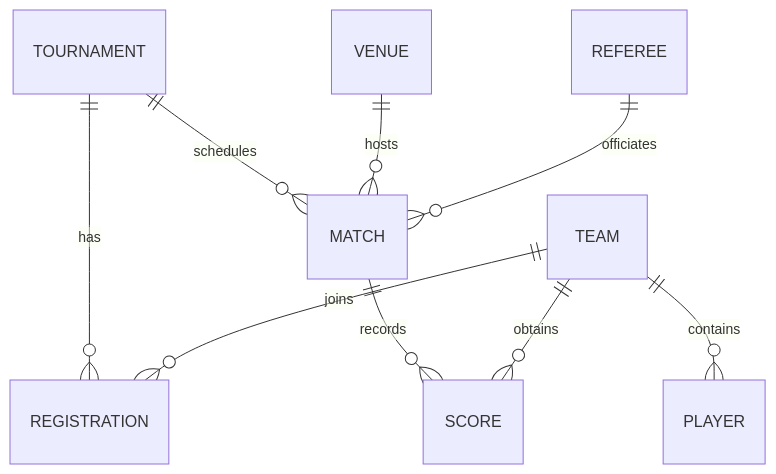
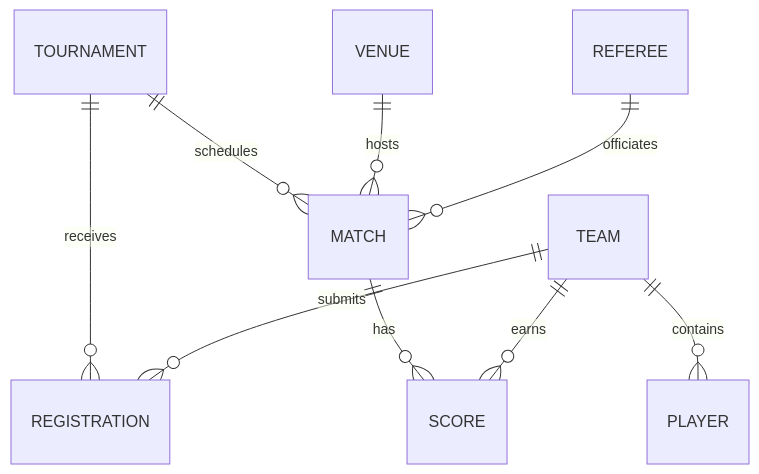
One commit to RaghavPrasanna9207/sports-tournament-manager changed the third of 6 diagrams in formal_system_report.md. Above: the diagram before and after it, drawn with Mermaid. The commit also changed other lines of this file, not shown here.

````diff
--- a/formal_system_report.md
+++ b/formal_system_report.md
@@ -92,11 +291,11 @@
 ```mermaid
 erDiagram
-    TOURNAMENT ||--o{ REGISTRATION : "has"
-    TEAM ||--o{ REGISTRATION : "joins"
-    TEAM ||--o{ PLAYER : "contains"
-    TOURNAMENT ||--o{ MATCH : "schedules"
-    VENUE ||--o{ MATCH : "hosts"
-    REFEREE ||--o{ MATCH : "officiates"
-    MATCH ||--o{ SCORE : "records"
-    TEAM ||--o{ SCORE : "obtains"
+    TEAM ||--o{ PLAYER : contains
+    TOURNAMENT ||--o{ REGISTRATION : receives
+    TEAM ||--o{ REGISTRATION : submits
+    TOURNAMENT ||--o{ MATCH : schedules
+    VENUE ||--o{ MATCH : hosts
+    REFEREE ||--o{ MATCH : officiates
+    MATCH ||--o{ SCORE : has
+    TEAM ||--o{ SCORE : earns
 ```
````
